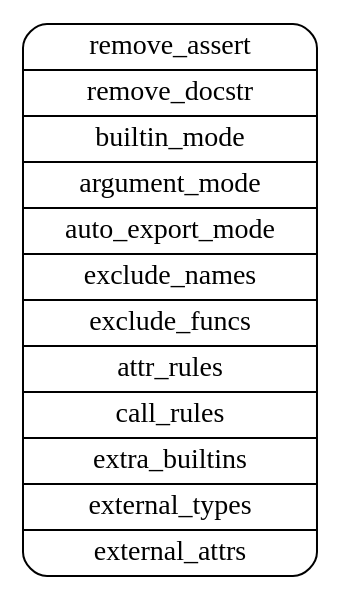
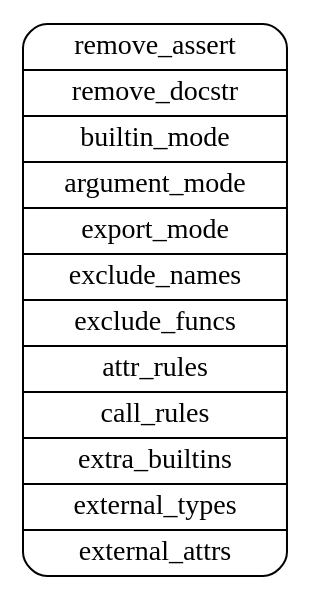
Before and after one commit to dashingsoft/dashingsoft.github.io: the third of 3 diagrams in pyarmor/learn/zh/project.rst, drawn with Graphviz. The commit also changed 9 other files, not shown here.

```diff
--- a/pyarmor/learn/zh/project.rst
+++ b/pyarmor/learn/zh/project.rst
@@ -65,12 +65,12 @@
 .. graphviz::
    :align: center
    :name: g-project-rft-options
 
    digraph G {
       node [shape=box, style=rounded, target="_top"]
       rankdir=LR
 
       rft [shape=record
-           label="remove_assert|remove_docstr|builtin_mode|argument_mode|auto_export_mode|exclude_names|exclude_funcs|attr_rules|call_rules|extra_builtins|external_types|external_attrs"
+           label="remove_assert|remove_docstr|builtin_mode|argument_mode|export_mode|exclude_names|exclude_funcs|attr_rules|call_rules|extra_builtins|external_types|external_attrs"
            href="../../docs/zh/user/configutation.html#rft-section"]
    }
```
